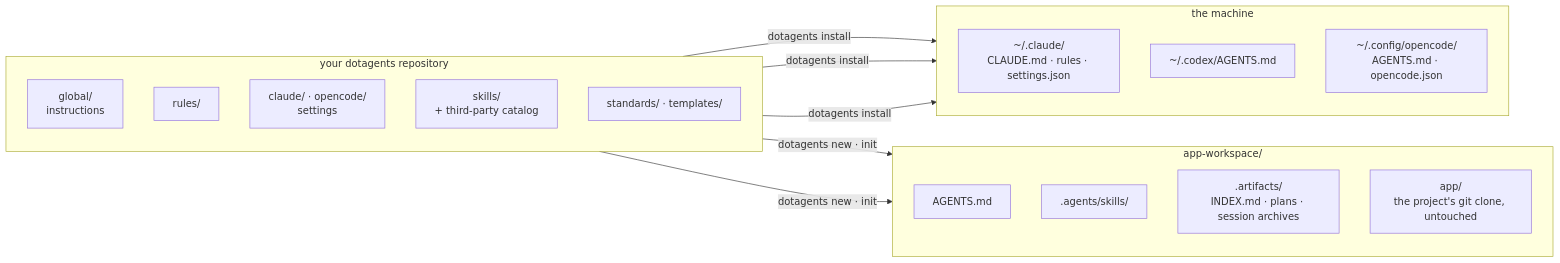
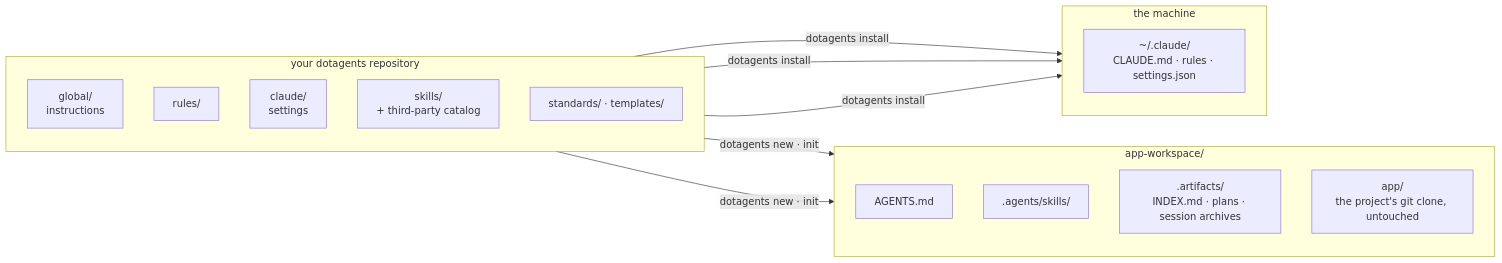
The first of 4 diagrams in README.md (dotagents-org/dotagents-core), drawn with Mermaid before and after one commit. The commit also changed other lines of this file and 13 other files, not shown here.

````diff
--- a/README.md
+++ b/README.md
@@ -26,29 +26,27 @@
 ```mermaid
 flowchart LR
     subgraph source["your dotagents repository"]
         direction TB
         global["global/<br/>instructions"]
         rules["rules/"]
-        settings["claude/ · opencode/<br/>settings"]
+        settings["claude/<br/>settings"]
         skills["skills/<br/>+ third-party catalog"]
         standards["standards/ · templates/"]
     end
 
     subgraph machine["the machine"]
         direction TB
         claude["~/.claude/<br/>CLAUDE.md · rules · settings.json"]
-        codex["~/.codex/AGENTS.md"]
-        opencode["~/.config/opencode/<br/>AGENTS.md · opencode.json"]
     end
 
     subgraph workspace["app-workspace/"]
         direction TB
         agentsmd["AGENTS.md"]
         agents[".agents/skills/"]
         artifacts[".artifacts/<br/>INDEX.md · plans · session archives"]
         app["app/<br/>the project's git clone, untouched"]
     end
 
     global & rules & settings -- "dotagents install" --> machine
     skills & standards -- "dotagents new · init" --> workspace
 ```
````
